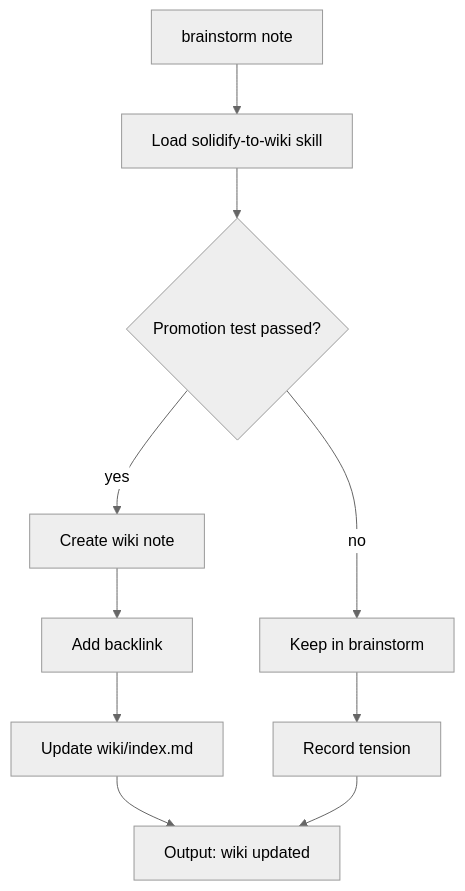
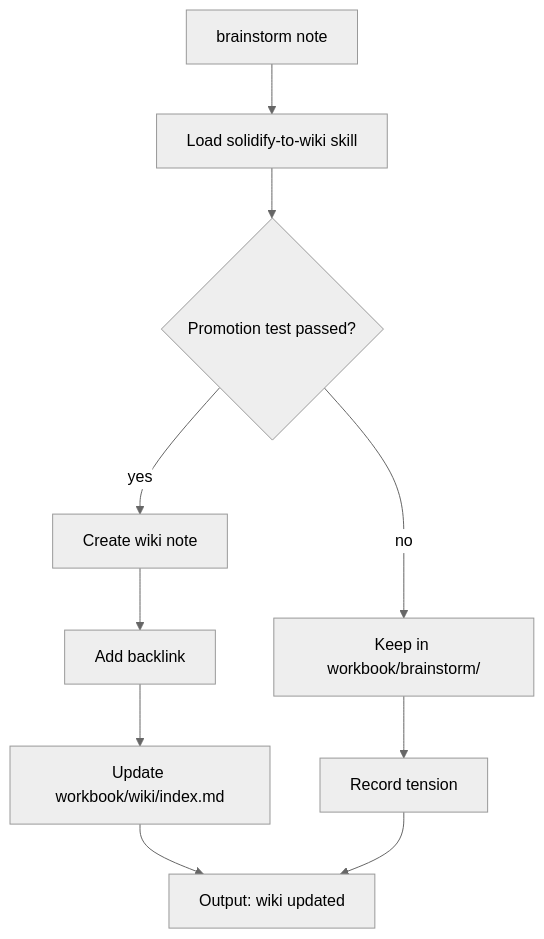
One commit to gengyabc/baicai-notebook changed the fifth of 11 diagrams in docs/routing-flows.md. Above: the diagram before and after it, drawn with Mermaid (neutral theme). The commit also changed other lines of this file and 43 other files, not shown here.

````diff
--- a/docs/routing-flows.md
+++ b/docs/routing-flows.md
@@ -157,12 +157,12 @@
 ```mermaid
 flowchart TD
     A[brainstorm note] --> B[Load solidify-to-wiki skill]
     B --> C{Promotion test passed?}
     C -->|yes| D[Create wiki note]
-    C -->|no| E[Keep in brainstorm]
+    C -->|no| E[Keep in workbook/brainstorm/]
     D --> F[Add backlink]
-    F --> G[Update wiki/index.md]
+    F --> G[Update workbook/wiki/index.md]
     E --> H[Record tension]
     G --> I[Output: wiki updated]
     H --> I
 ```
````
